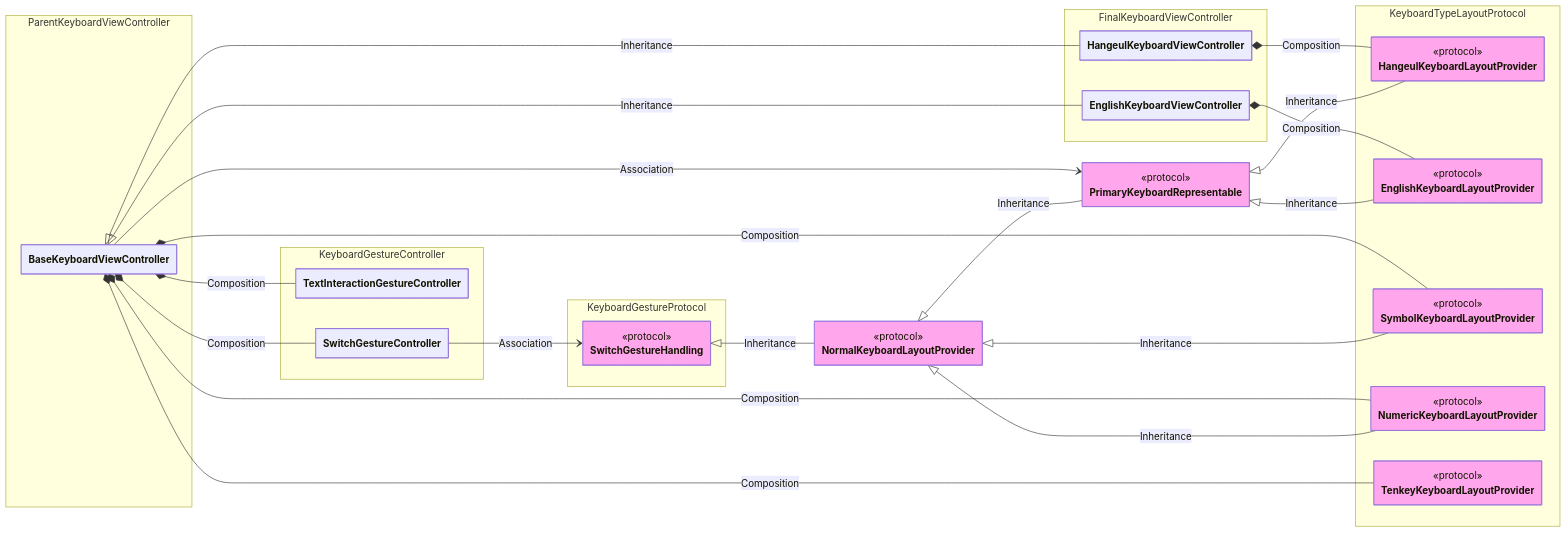
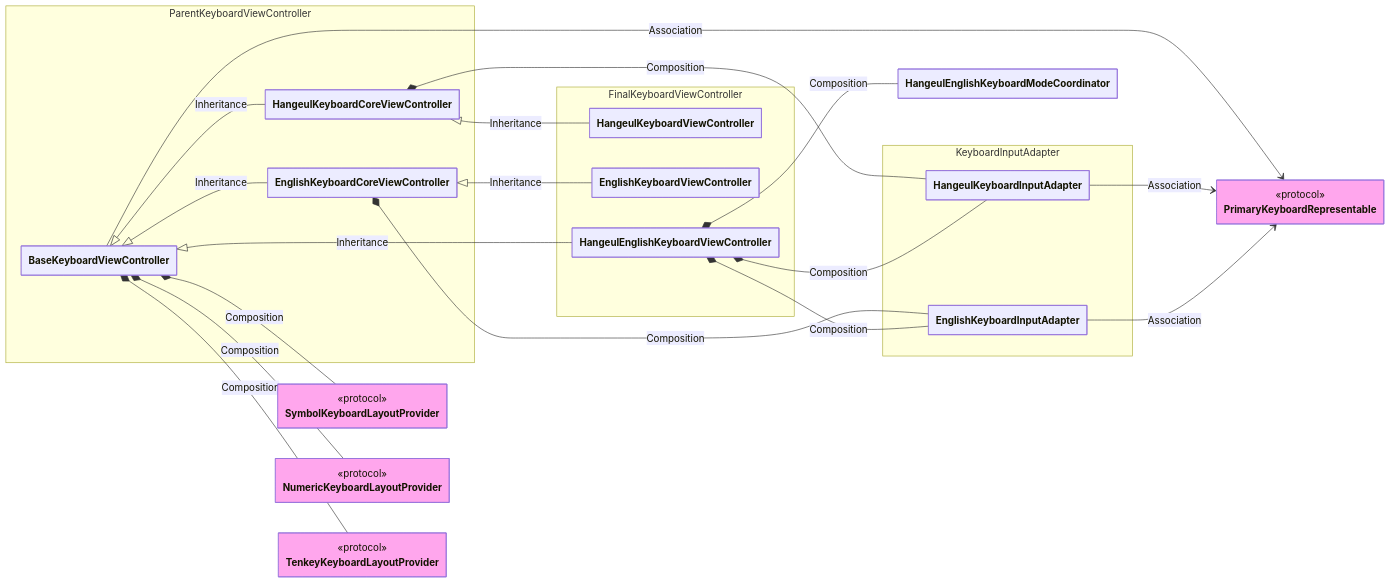
The second of 6 diagrams in README.md (SNMac/SYKeyboard), drawn with Mermaid before and after one commit. The commit also changed other lines of this file, not shown here.

First line of the commit message:
docs: #53 - README 다이어그램 분리·최신화와 프로젝트 정보 정정

````diff
--- a/README.md
+++ b/README.md
@@ -428,80 +484,63 @@
 ``` mermaid
 %%{
   init: {
     "theme": "default",
     "fontFamily": "monospace",
     "elk": {
         "mergeEdges": false,
         "nodePlacementStrategy": "BRANDES_KOEPF",
         "forceNodeModelOrder": false,
         "considerModelOrder": "NODES_AND_EDGES"
     },
     "class": {
         "hideEmptyMembersBox": true
     }
   }
 }%%
 classDiagram
 direction LR
-    %% Keyboard Type
-    namespace KeyboardGestureController {
-      class TextInteractionGestureController
-      class SwitchGestureController
-    }
-
-    namespace KeyboardGestureProtocol {
-      class SwitchGestureHandling
-    }
-
-    namespace KeyboardTypeLayoutProtocol {
-      class HangeulKeyboardLayoutProvider
-      class EnglishKeyboardLayoutProvider
-      class SymbolKeyboardLayoutProvider
-      class NumericKeyboardLayoutProvider
-      class TenkeyKeyboardLayoutProvider
-    }
-
+    %% ViewController & InputAdapter
     namespace ParentKeyboardViewController {
       class BaseKeyboardViewController
+      class HangeulKeyboardCoreViewController
+      class EnglishKeyboardCoreViewController
     }
 
     namespace FinalKeyboardViewController {
       class HangeulKeyboardViewController
       class EnglishKeyboardViewController
+      class HangeulEnglishKeyboardViewController
     }
 
-    class NormalKeyboardLayoutProvider:::SYKeyboard_primary { <<protocol>> }
+    namespace KeyboardInputAdapter {
+      class HangeulKeyboardInputAdapter
+      class EnglishKeyboardInputAdapter
+    }
+
     class PrimaryKeyboardRepresentable:::SYKeyboard_primary { <<protocol>> }
-    class HangeulKeyboardLayoutProvider:::SYKeyboard_primary { <<protocol>> }
-    class EnglishKeyboardLayoutProvider:::SYKeyboard_primary { <<protocol>> }
     class SymbolKeyboardLayoutProvider:::SYKeyboard_primary { <<protocol>> }
     class NumericKeyboardLayoutProvider:::SYKeyboard_primary { <<protocol>> }
     class TenkeyKeyboardLayoutProvider:::SYKeyboard_primary { <<protocol>> }
-    class SwitchGestureHandling:::SYKeyboard_primary { <<protocol>> }
 
     BaseKeyboardViewController --> PrimaryKeyboardRepresentable: Association
     BaseKeyboardViewController *-- SymbolKeyboardLayoutProvider: Composition
     BaseKeyboardViewController *-- NumericKeyboardLayoutProvider: Composition
     BaseKeyboardViewController *-- TenkeyKeyboardLayoutProvider: Composition
 
-    NormalKeyboardLayoutProvider <|-- PrimaryKeyboardRepresentable: Inheritance
-    NormalKeyboardLayoutProvider <|-- SymbolKeyboardLayoutProvider: Inheritance
-    NormalKeyboardLayoutProvider <|-- NumericKeyboardLayoutProvider: Inheritance
+    BaseKeyboardViewController <|-- HangeulKeyboardCoreViewController: Inheritance
+    BaseKeyboardViewController <|-- EnglishKeyboardCoreViewController: Inheritance
+    BaseKeyboardViewController <|-- HangeulEnglishKeyboardViewController: Inheritance
+    HangeulKeyboardCoreViewController <|-- HangeulKeyboardViewController: Inheritance
+    EnglishKeyboardCoreViewController <|-- EnglishKeyboardViewController: Inheritance
 
-    BaseKeyboardViewController *-- TextInteractionGestureController: Composition
-    BaseKeyboardViewController *-- SwitchGestureController: Composition
+    HangeulKeyboardCoreViewController *-- HangeulKeyboardInputAdapter: Composition
+    EnglishKeyboardCoreViewController *-- EnglishKeyboardInputAdapter: Composition
+    HangeulEnglishKeyboardViewController *-- HangeulKeyboardInputAdapter: Composition
+    HangeulEnglishKeyboardViewController *-- EnglishKeyboardInputAdapter: Composition
+    HangeulEnglishKeyboardViewController *-- HangeulEnglishKeyboardModeCoordinator: Composition
 
-    SwitchGestureHandling <|-- NormalKeyboardLayoutProvider: Inheritance
-    SwitchGestureController --> SwitchGestureHandling: Association
-
-    BaseKeyboardViewController <|-- HangeulKeyboardViewController: Inheritance
-    BaseKeyboardViewController <|-- EnglishKeyboardViewController: Inheritance
-
-    HangeulKeyboardViewController *-- HangeulKeyboardLayoutProvider: Composition
-    PrimaryKeyboardRepresentable <|-- HangeulKeyboardLayoutProvider: Inheritance
-
-    EnglishKeyboardViewController *-- EnglishKeyboardLayoutProvider: Composition
-    PrimaryKeyboardRepresentable <|-- EnglishKeyboardLayoutProvider: Inheritance
+    HangeulKeyboardInputAdapter --> PrimaryKeyboardRepresentable: Association
+    EnglishKeyboardInputAdapter --> PrimaryKeyboardRepresentable: Association
 
     classDef SYKeyboard_primary fill:#ffa6ed
 ```
````
